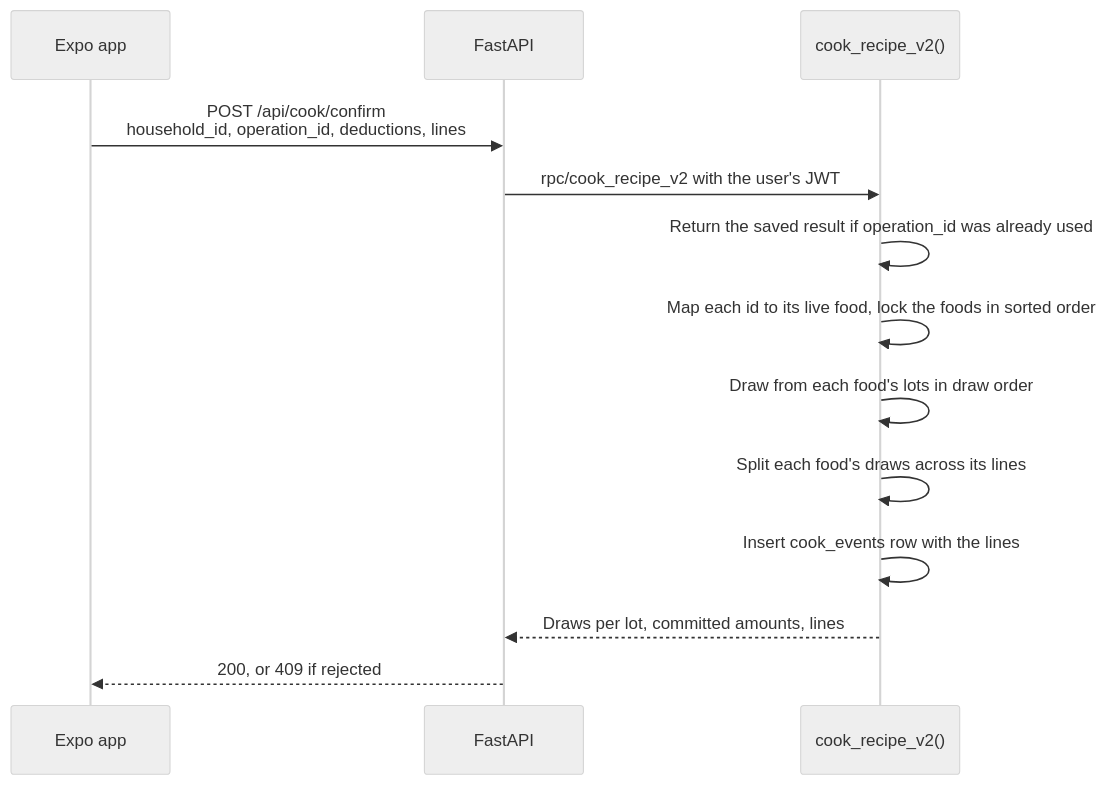
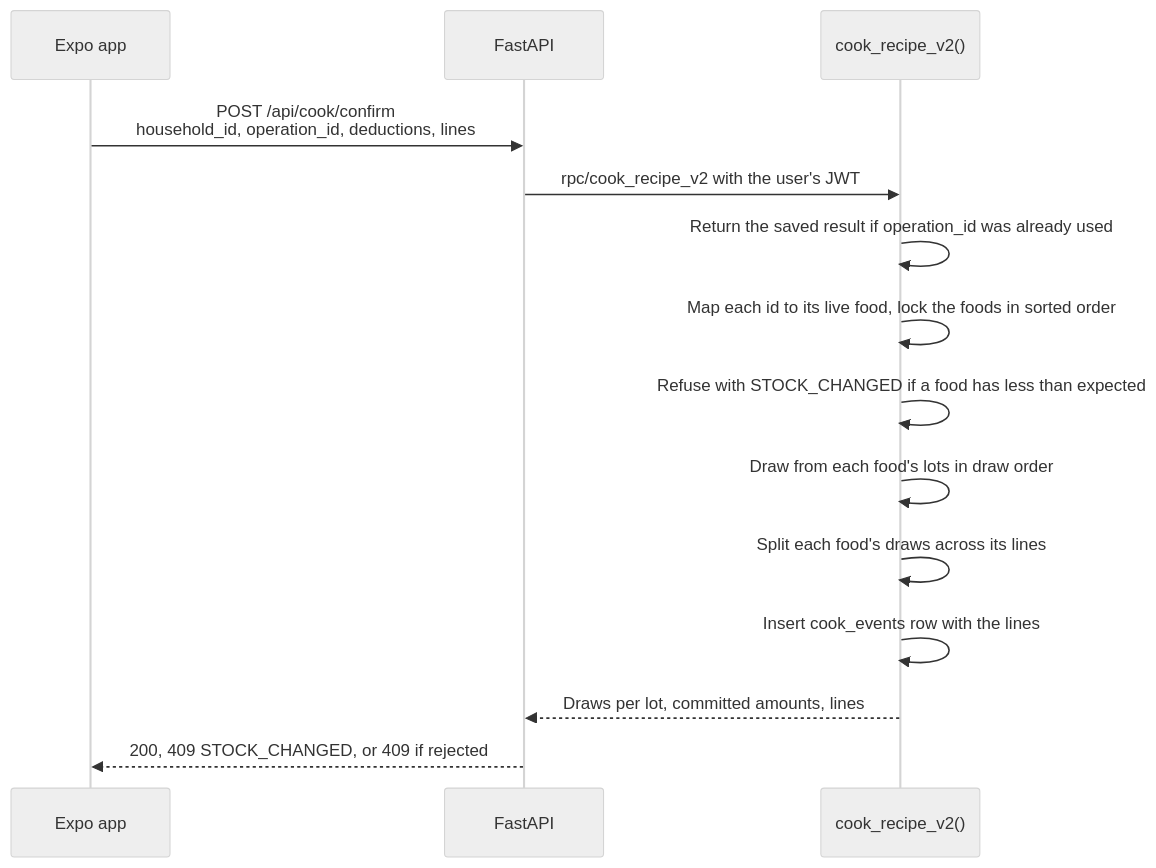
The fifth of 5 diagrams in docs/architecture.md (brandon-sanchez/FreshPlate), drawn with Mermaid (neutral theme) before and after one commit. The commit also changed other lines of this file and 5 other files, not shown here.

First line of the commit message:
feat(db): refuse a cook when stock changed since the checklist

````diff
--- a/docs/architecture.md
+++ b/docs/architecture.md
@@ -162,16 +162,17 @@
 ```mermaid
 sequenceDiagram
 	participant App as Expo app
 	participant API as FastAPI
 	participant DB as cook_recipe_v2()
 
 	App->>API: POST /api/cook/confirm<br/>household_id, operation_id, deductions, lines
 	API->>DB: rpc/cook_recipe_v2 with the user's JWT
 	DB->>DB: Return the saved result if operation_id was already used
 	DB->>DB: Map each id to its live food, lock the foods in sorted order
+	DB->>DB: Refuse with STOCK_CHANGED if a food has less than expected
 	DB->>DB: Draw from each food's lots in draw order
 	DB->>DB: Split each food's draws across its lines
 	DB->>DB: Insert cook_events row with the lines
 	DB-->>API: Draws per lot, committed amounts, lines
-	API-->>App: 200, or 409 if rejected
+	API-->>App: 200, 409 STOCK_CHANGED, or 409 if rejected
 ```
````
